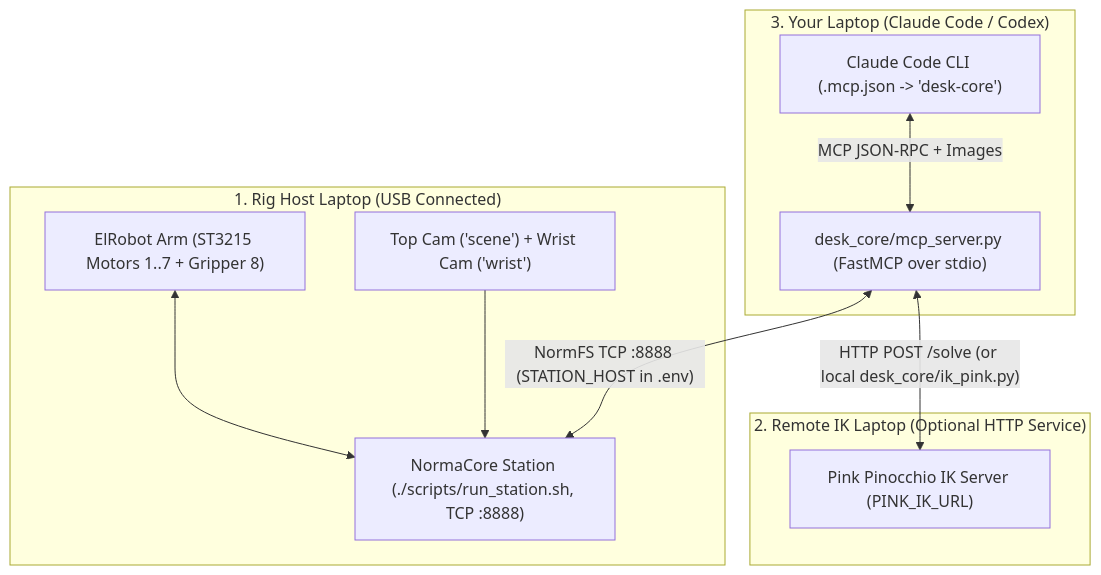
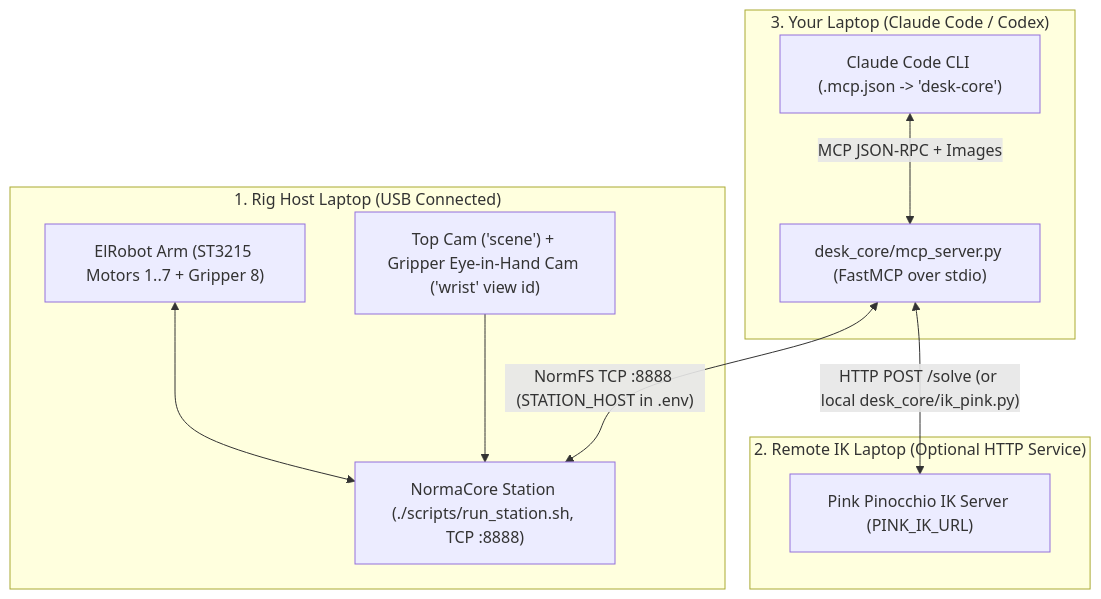
One commit to siddhartha-chandra/norma-core changed the first of 2 diagrams in docs/ARCHITECTURE.md. Above: the diagram before and after it, drawn with Mermaid. The commit also changed other lines of this file and 5 other files, not shown here.

````diff
--- a/docs/ARCHITECTURE.md
+++ b/docs/ARCHITECTURE.md
@@ -11,23 +11,23 @@
 ```mermaid
 flowchart TD
     subgraph RIG["1. Rig Host Laptop (USB Connected)"]
         Robot["ElRobot Arm (ST3215 Motors 1..7 + Gripper 8)"]
-        Cams["Top Cam ('scene') + Wrist Cam ('wrist')"]
+        Cams["Top Cam ('scene') + Gripper Eye-in-Hand Cam ('wrist' view id)"]
         Station["NormaCore Station (./scripts/run_station.sh, TCP :8888)"]
         Robot <--> Station
         Cams --> Station
     end
 
     subgraph IKHOST["2. Remote IK Laptop (Optional HTTP Service)"]
         Pink["Pink Pinocchio IK Server (PINK_IK_URL)"]
     end
 
     subgraph CLIENT["3. Your Laptop (Claude Code / Codex)"]
         Claude["Claude Code CLI (.mcp.json -> 'desk-core')"]
         MCP["desk_core/mcp_server.py (FastMCP over stdio)"]
         Claude <-->|"MCP JSON-RPC + Images"| MCP
     end
 
     MCP <-->|"NormFS TCP :8888 (STATION_HOST in .env)"| Station
     MCP <-->|"HTTP POST /solve (or local desk_core/ik_pink.py)"| Pink
 ```
````
